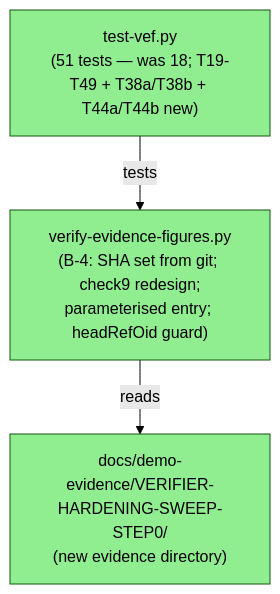
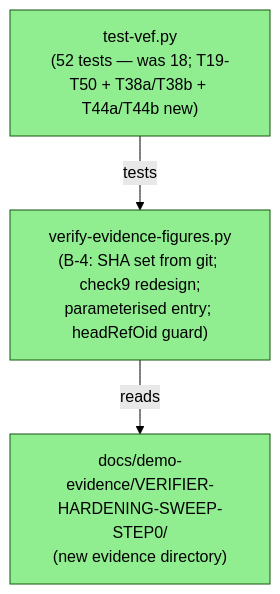
One commit to BOHICA-LABS/mdlinkcheck-cloud changed the first of 3 diagrams in code-delivery/VERIFIER-HARDENING-SWEEP-STEP0/pr-description.md. Above: the diagram before and after it, drawn with Mermaid (forest theme). The commit also changed other lines of this file, not shown here.

````diff
--- a/code-delivery/VERIFIER-HARDENING-SWEEP-STEP0/pr-description.md
+++ b/code-delivery/VERIFIER-HARDENING-SWEEP-STEP0/pr-description.md
@@ -23,13 +23,13 @@
 ```mermaid
 graph TD
     VEF["verify-evidence-figures.py<br/>(B-4: SHA set from git; check9 redesign;<br/>parameterised entry; headRefOid guard)"]
-    TVEF["test-vef.py<br/>(51 tests — was 18; T19-T49 + T38a/T38b + T44a/T44b new)"]
+    TVEF["test-vef.py<br/>(52 tests — was 18; T19-T50 + T38a/T38b + T44a/T44b new)"]
     EV["docs/demo-evidence/VERIFIER-HARDENING-SWEEP-STEP0/<br/>(new evidence directory)"]
 
     TVEF -->|"tests"| VEF
     VEF -->|"reads"| EV
 
     style VEF fill:#90EE90
     style TVEF fill:#90EE90
     style EV fill:#90EE90
 ```
````
